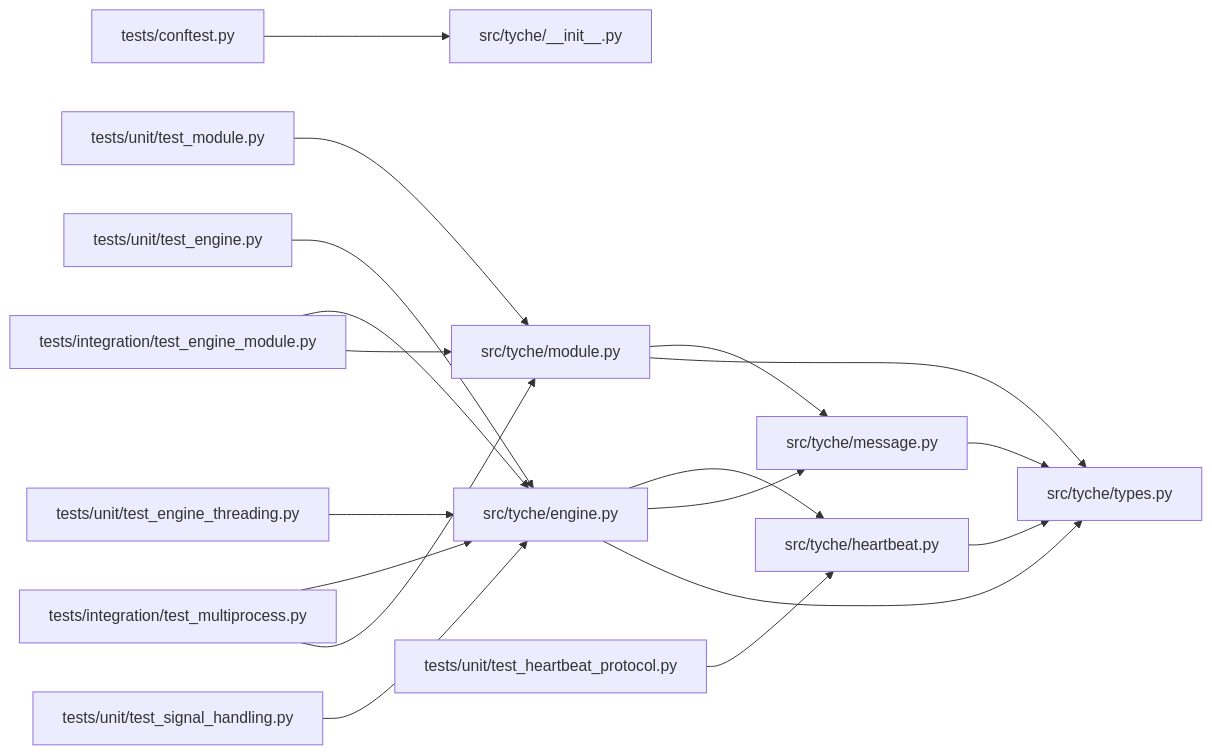
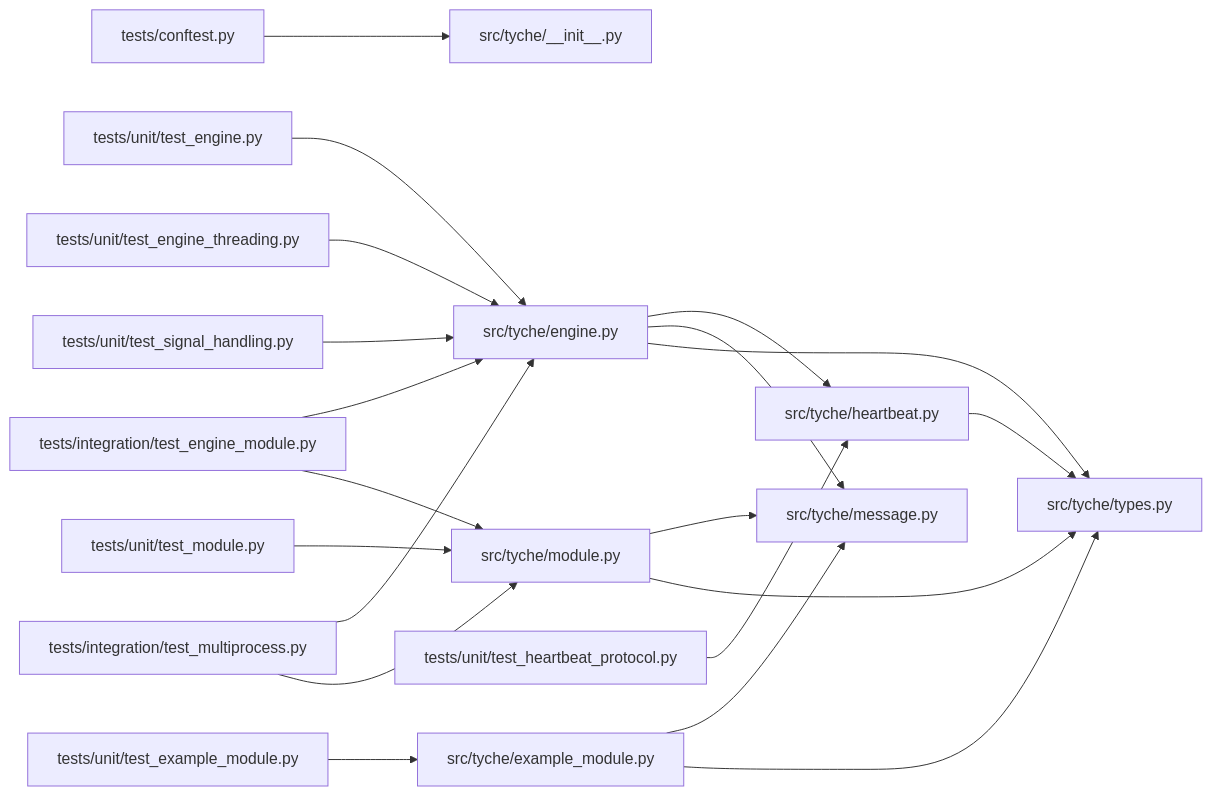
One commit to zt281/TycheEngine changed the third of 4 diagrams in .qoder/repowiki/en/content/Testing and Development.md. Above: the diagram before and after it, drawn with Mermaid. The commit also changed other lines of this file and 3 other files, not shown here.

````diff
--- a/.qoder/repowiki/en/content/Testing and Development.md
+++ b/.qoder/repowiki/en/content/Testing and Development.md
@@ -389,20 +410,22 @@
 ```mermaid
 graph LR
 T["tests/conftest.py"] --> I["src/tyche/__init__.py"]
 U1["tests/unit/test_engine.py"] --> E["src/tyche/engine.py"]
 U2["tests/unit/test_module.py"] --> M["src/tyche/module.py"]
 U3["tests/unit/test_engine_threading.py"] --> E
 U4["tests/unit/test_signal_handling.py"] --> E
 U5["tests/unit/test_heartbeat_protocol.py"] --> HB["src/tyche/heartbeat.py"]
 I1["tests/integration/test_engine_module.py"] --> E
 I1 --> M
 I2["tests/integration/test_multiprocess.py"] --> E
 I2 --> M
 E --> HB
 E --> MSG["src/tyche/message.py"]
 E --> TP["src/tyche/types.py"]
 M --> MSG
 M --> TP
-MSG --> TP
+EM["tests/unit/test_example_module.py"] --> EMOD["src/tyche/example_module.py"]
+EMOD --> MSG
+EMOD --> TP
 HB --> TP
 ```
````
